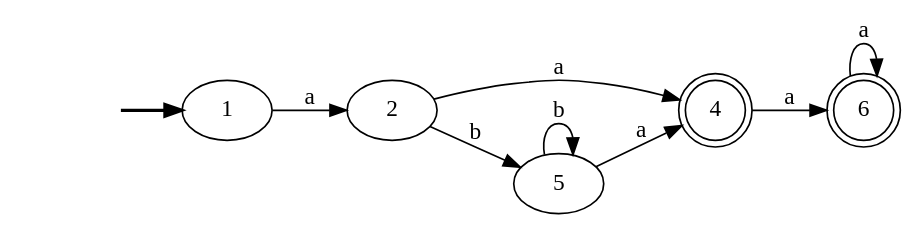
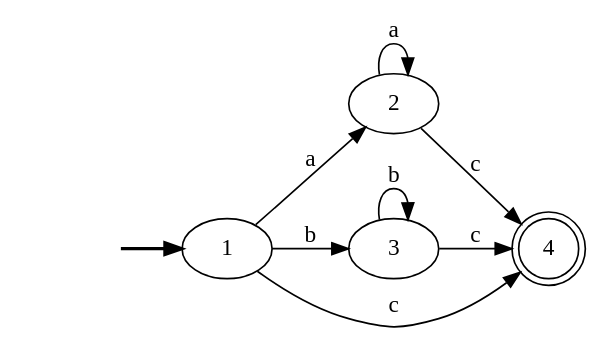
The diagram in Pre-laboratorio B/AFNtoAFD#2PreLabB.gv (bar20807/CompiladorProyect), drawn with Graphviz before and after one commit. The commit also changed 12 other files, not shown here.

```diff
--- a/Pre-laboratorio B/AFNtoAFD#2PreLabB.gv
+++ b/Pre-laboratorio B/AFNtoAFD#2PreLabB.gv
@@ -1,21 +1,19 @@
 digraph "AFNtoAFD#2PreLabB" {
 	graph [rankdir=LR]
 	fake [style=invisible]
 	fake -> 1 [style=bold]
 	1 [root=true]
 	2
 	1 -> 2 [label=a]
+	3
+	1 -> 3 [label=b]
+	4 [shape=doublecircle]
+	1 -> 4 [label=c]
 	2
+	2 -> 2 [label=a]
+	2 -> 4 [label=c]
+	3
+	3 -> 3 [label=b]
+	3 -> 4 [label=c]
 	4 [shape=doublecircle]
-	2 -> 4 [label=a]
-	5
-	2 -> 5 [label=b]
-	4 [shape=doublecircle]
-	6 [shape=doublecircle]
-	4 -> 6 [label=a]
-	5
-	5 -> 4 [label=a]
-	5 -> 5 [label=b]
-	6 [shape=doublecircle]
-	6 -> 6 [label=a]
 }
```
